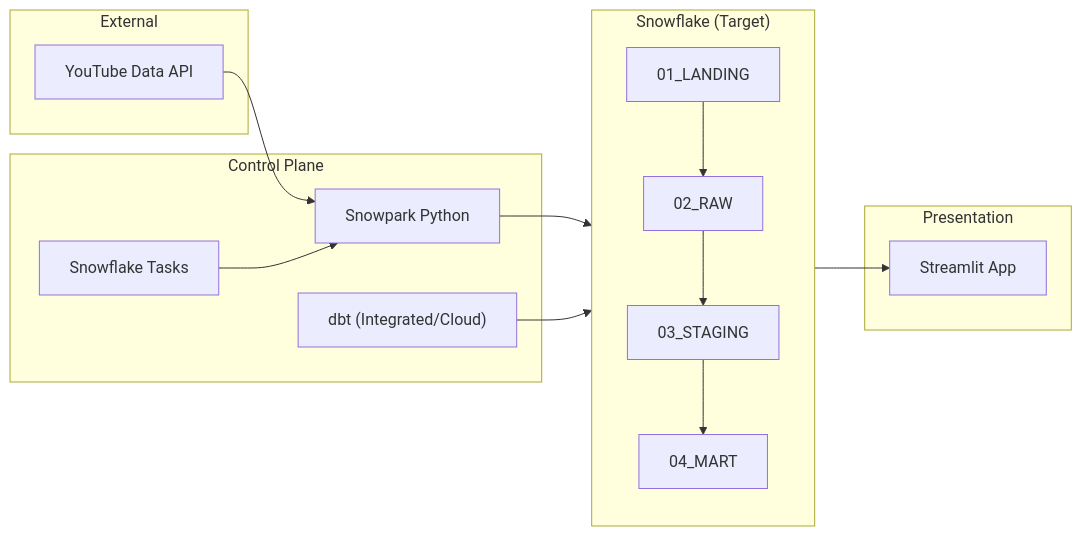
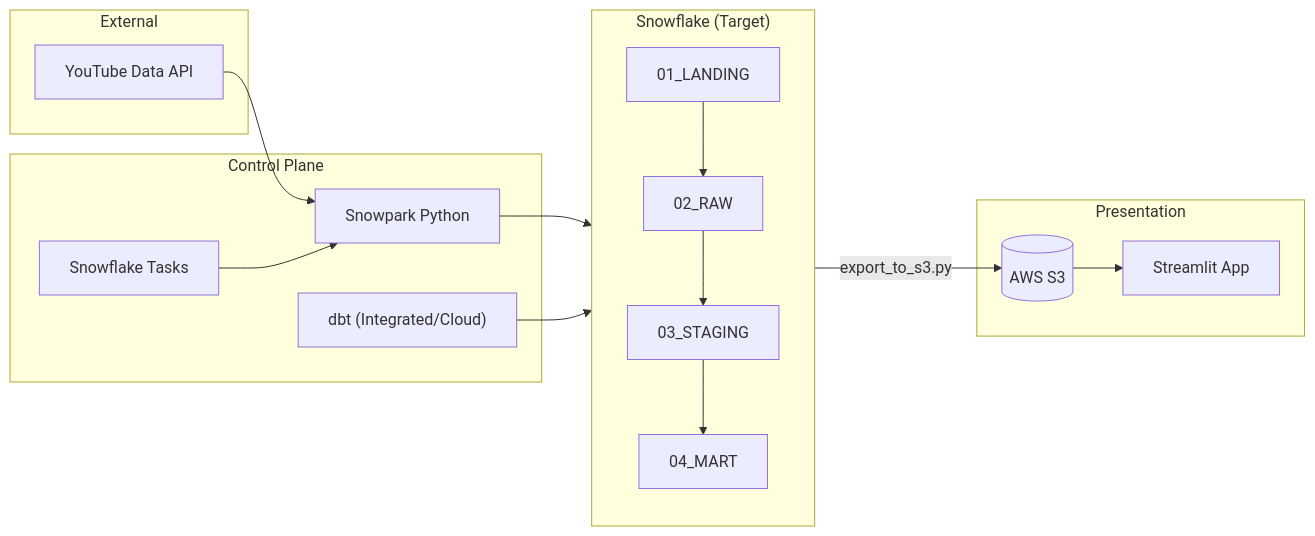
Before and after one commit to Matu94/YT-SF-Agentic: the diagram in README.md, drawn with Mermaid. The commit also changed other lines of this file and 1 other file, not shown here.

````diff
--- a/README.md
+++ b/README.md
@@ -14,26 +14,28 @@
 ```mermaid
 graph LR
     subgraph "External"
         API[YouTube Data API]
     end
 
     subgraph "Snowflake (Target)"
         direction TB
         L[01_LANDING] --> R[02_RAW]
         R --> S[03_STAGING]
         S --> M[04_MART]
     end
 
     subgraph "Control Plane"
         API --> SP[Snowpark Python]
         Tasks[Snowflake Tasks] --> SP
         SP --> L
         dbt["dbt (Integrated/Cloud)"] --> S
     end
 
     subgraph "Presentation"
+        S3[(AWS S3)]
         ST[Streamlit App]
     end
 
-    M --> ST
+    M -- "export_to_s3.py" --> S3
+    S3 --> ST
 ```
````
